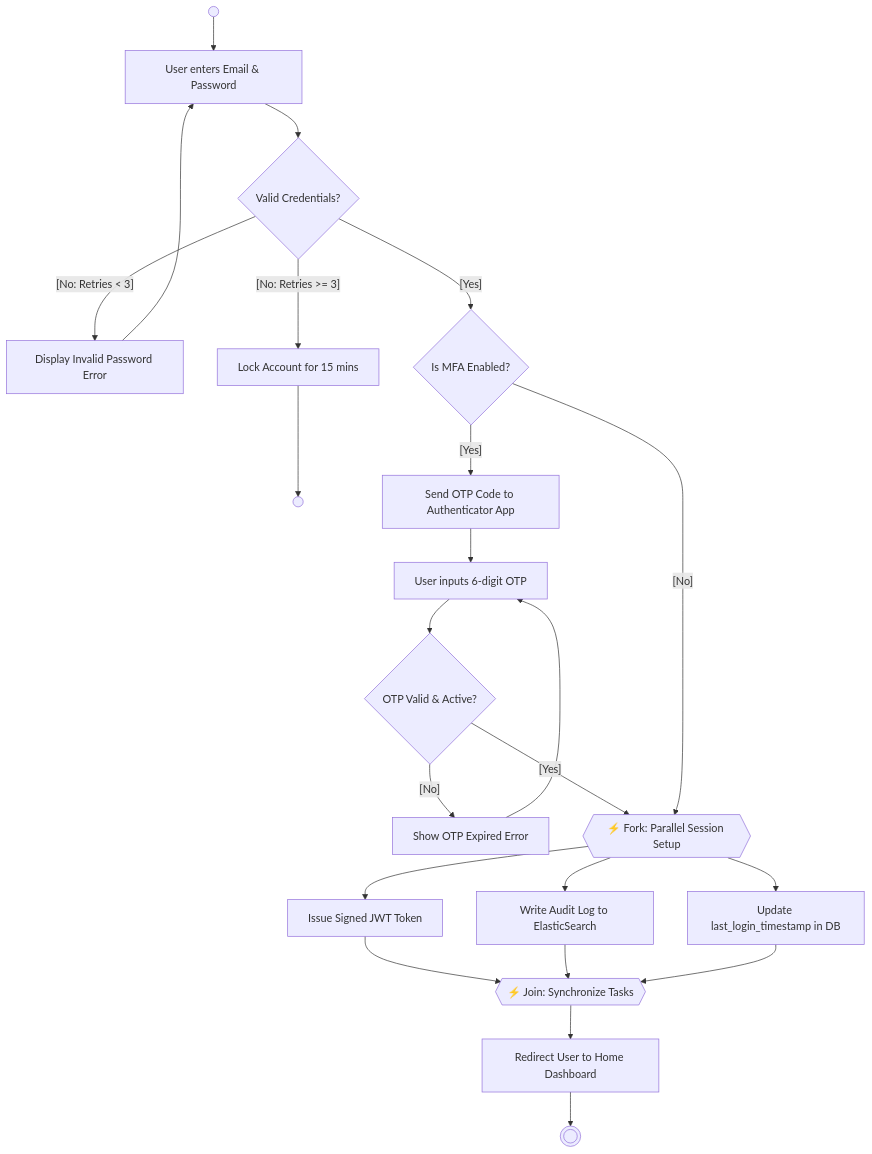
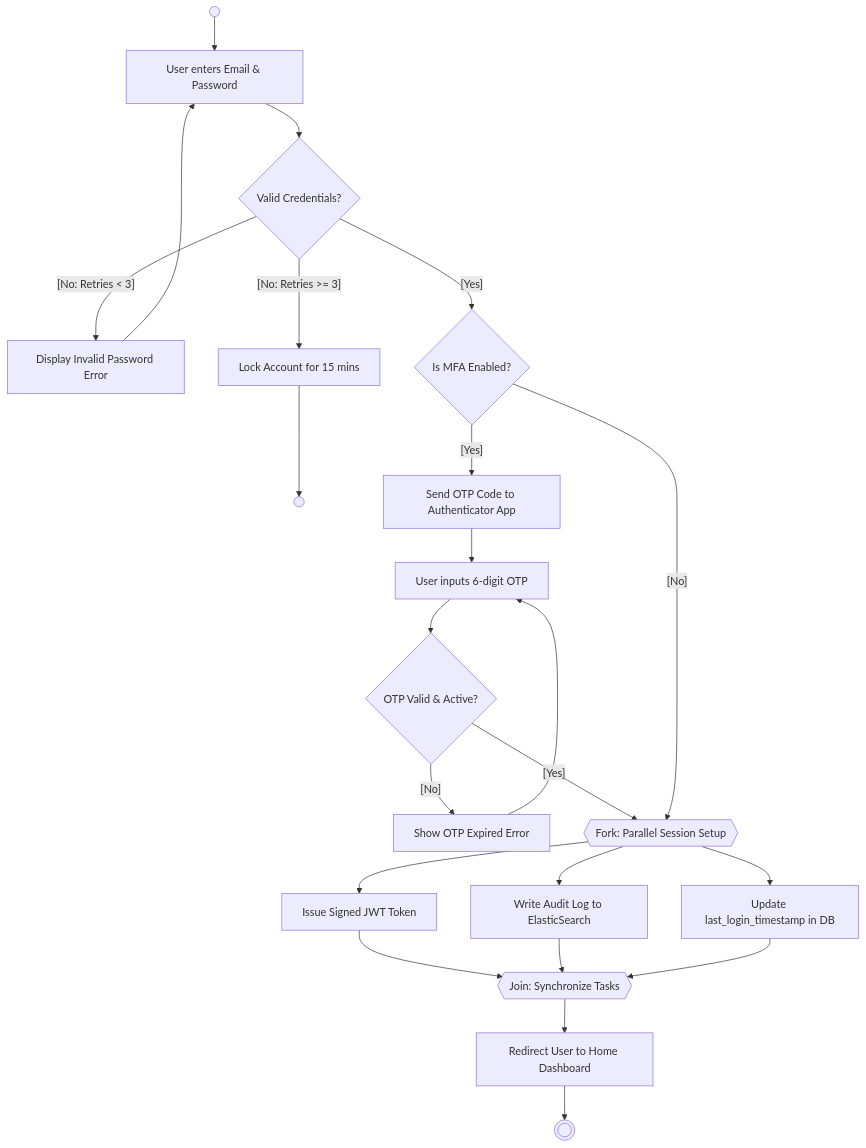
One commit to kuranne/CSTU40 changed the ninth of 15 diagrams in Year 2/Semester 1/CS261 - Software Engineering/Lectures/Diagram.md. Above: the diagram before and after it, drawn with Mermaid. The commit also changed other lines of this file and 83 other files, not shown here.

````diff
--- a/Year 2/Semester 1/CS261 - Software Engineering/Lectures/Diagram.md
+++ b/Year 2/Semester 1/CS261 - Software Engineering/Lectures/Diagram.md
@@ -541,34 +541,34 @@
 ```mermaid
 flowchart TD
     StartNode(( )) --> InputCredentials["User enters Email & Password"]
     InputCredentials --> CheckAuth{"Valid Credentials?"}
 
     CheckAuth -- "[No: Retries < 3]" --> ShowError["Display Invalid Password Error"]
     ShowError --> InputCredentials
 
     CheckAuth -- "[No: Retries >= 3]" --> LockAccount["Lock Account for 15 mins"]
     LockAccount --> EndFailed(( ))
 
     CheckAuth -- "[Yes]" --> CheckMFA{"Is MFA Enabled?"}
 
     CheckMFA -- "[Yes]" --> SendOTP["Send OTP Code to Authenticator App"]
     SendOTP --> InputOTP["User inputs 6-digit OTP"]
     InputOTP --> VerifyOTP{"OTP Valid & Active?"}
     VerifyOTP -- "[No]" --> ShowOTPError["Show OTP Expired Error"]
     ShowOTPError --> InputOTP
     VerifyOTP -- "[Yes]" --> ForkSync
 
-    CheckMFA -- "[No]" --> ForkSync{{"⚡ Fork: Parallel Session Setup"}}
+    CheckMFA -- "[No]" --> ForkSync{{"Fork: Parallel Session Setup"}}
 
     %% Parallel Fork Execution
     ForkSync --> GenerateJWT["Issue Signed JWT Token"]
     ForkSync --> RecordAudit["Write Audit Log to ElasticSearch"]
     ForkSync --> UpdateLastLogin["Update last_login_timestamp in DB"]
 
-    GenerateJWT --> JoinSync{{"⚡ Join: Synchronize Tasks"}}
+    GenerateJWT --> JoinSync{{"Join: Synchronize Tasks"}}
     RecordAudit --> JoinSync
     UpdateLastLogin --> JoinSync
 
     JoinSync --> ReturnDashboard["Redirect User to Home Dashboard"]
     ReturnDashboard --> EndSuccess((( )))
 ```
````
